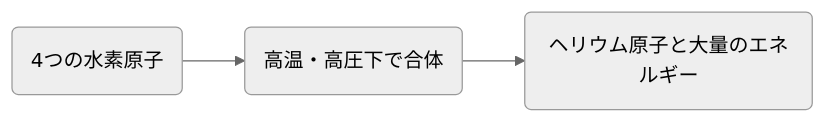
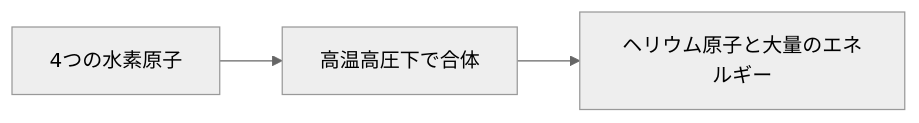
Before and after one commit to yoshikouki/AI_explanation_of_Nuclear_Fusion: the second of 4 diagrams in explanation.md, drawn with Mermaid (neutral theme). The commit also changed other lines of this file, not shown here.

Commit message:
Fix Mermaid エラー

````diff
--- a/explanation.md
+++ b/explanation.md
@@ -18,5 +18,5 @@
 ```mermaid
 graph LR
-A(4つの水素原子) --> B(高温・高圧下で合体)
-B --> C(ヘリウム原子と大量のエネルギー)
+A[4つの水素原子] --> B[高温高圧下で合体]
+B --> C[ヘリウム原子と大量のエネルギー]
 ```
````
